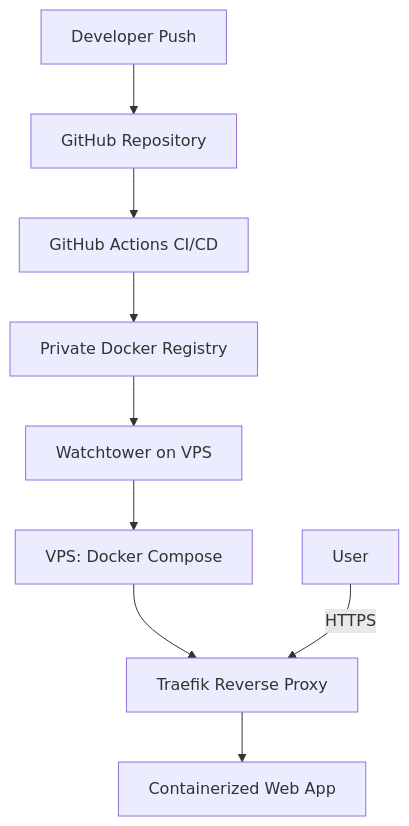
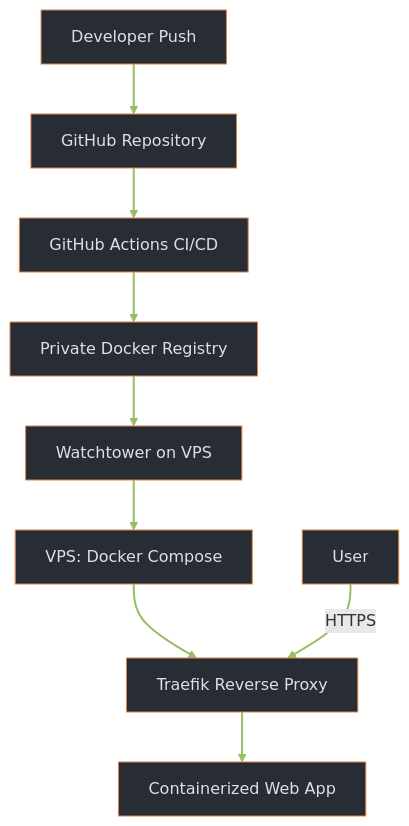
One commit to typegaro/projects changed the diagram in vps-deployment/vps-deployment.md. Above: the diagram before and after it, drawn with Mermaid.

`````diff
--- a/vps-deployment/vps-deployment.md
+++ b/vps-deployment/vps-deployment.md
@@ -11,11 +11,15 @@
 ```mermaid
 graph TD
   Dev[Developer Push] --> GitHub[GitHub Repository]
   GitHub --> CI[GitHub Actions CI/CD]
   CI --> DockerHub[Private Docker Registry]
   DockerHub --> Watchtower[Watchtower on VPS]
   Watchtower --> VPS[VPS: Docker Compose]
   VPS --> Traefik[Traefik Reverse Proxy]
   Traefik --> App[Containerized Web App]
   User[User] -->|HTTPS| Traefik
+
+  linkStyle default stroke:#98be65,stroke-width:2px;
+  classDef yellowBox fill:#282c34,stroke:#da8548,color:#dfdfdf;
+  class Dev,GitHub,CI,DockerHub,Watchtower,VPS,Traefik,App,User yellowBox;
 ````
`````
